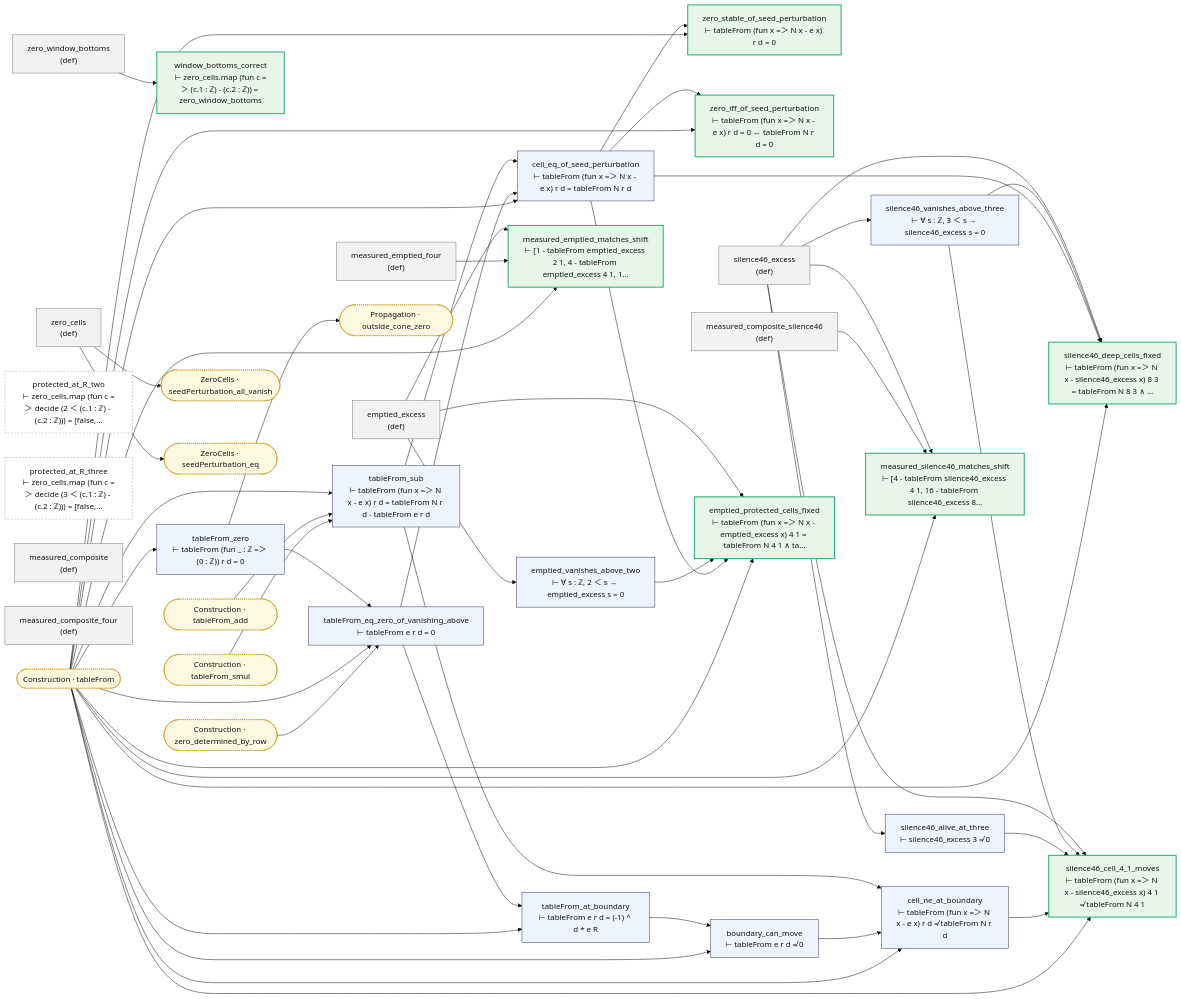
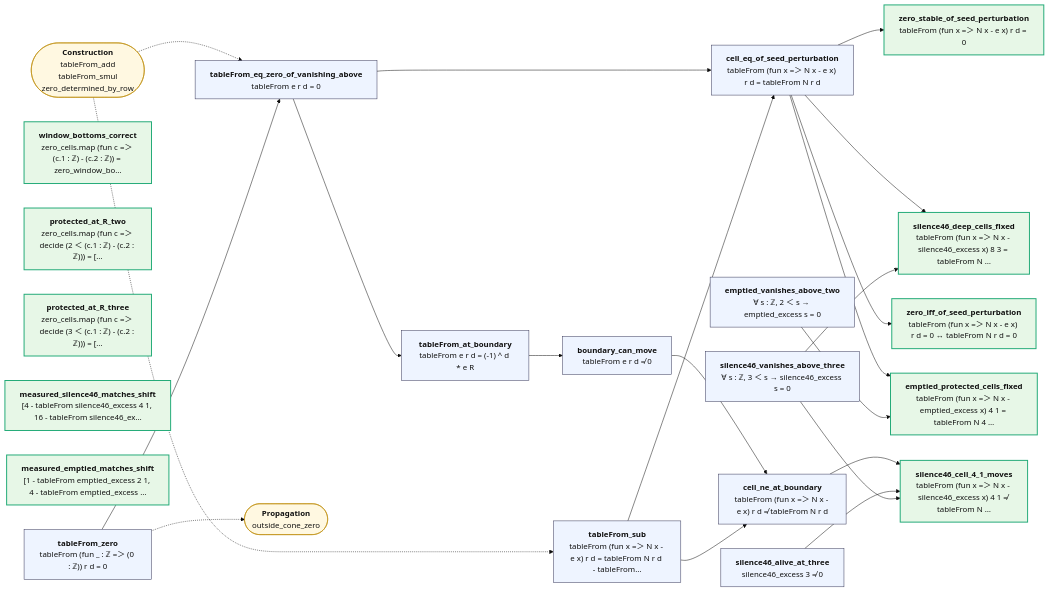
The diagram in map/lean/SeedPerturbation.md (juliansambranojr/Primebeat_081426), drawn with Mermaid (base theme) before and after one commit. The commit also changed other lines of this file and 387 other files, not shown here.

First line of the commit message:
map/: arrows now come from Lean's own record of what each proof uses; every theorem gets Proves, Needs, Fed by, Feeds; chain pages for the long ends; ALL.md; RECONCILE.md

````diff
--- a/map/lean/SeedPerturbation.md
+++ b/map/lean/SeedPerturbation.md
@@ -8,91 +12,49 @@
 ```mermaid
 flowchart LR
-  n0["tableFrom_zero<br/>⊢ tableFrom (fun _ : ℤ =＞ (0 : ℤ)) r d = 0"]:::thm
-  n1["tableFrom_sub<br/>⊢ tableFrom (fun x =＞ N x - e x) r d = tableFrom N r d - tableFrom e r d"]:::thm
-  n2["tableFrom_eq_zero_of_vanishing_above<br/>⊢ tableFrom e r d = 0"]:::thm
-  n3["cell_eq_of_seed_perturbation<br/>⊢ tableFrom (fun x =＞ N x - e x) r d = tableFrom N r d"]:::thm
-  n4["zero_stable_of_seed_perturbation<br/>⊢ tableFrom (fun x =＞ N x - e x) r d = 0"]:::end_
-  n5["zero_iff_of_seed_perturbation<br/>⊢ tableFrom (fun x =＞ N x - e x) r d = 0 ↔ tableFrom N r d = 0"]:::end_
-  n6["tableFrom_at_boundary<br/>⊢ tableFrom e r d = (-1) ^ d * e R"]:::thm
-  n7["boundary_can_move<br/>⊢ tableFrom e r d ≠ 0"]:::thm
-  n8["cell_ne_at_boundary<br/>⊢ tableFrom (fun x =＞ N x - e x) r d ≠ tableFrom N r d"]:::thm
-  n9["zero_cells<br/>(def)"]:::dfn
-  n10["zero_window_bottoms<br/>(def)"]:::dfn
-  n11["window_bottoms_correct<br/>⊢ zero_cells.map (fun c =＞ (c.1 : ℤ) - (c.2 : ℤ)) = zero_window_bottoms"]:::end_
-  n12["protected_at_R_two<br/>⊢ zero_cells.map (fun c =＞ decide (2 ＜ (c.1 : ℤ) - (c.2 : ℤ))) = [false,…"]:::lone
-  n13["protected_at_R_three<br/>⊢ zero_cells.map (fun c =＞ decide (3 ＜ (c.1 : ℤ) - (c.2 : ℤ))) = [false,…"]:::lone
-  n14["silence46_excess<br/>(def)"]:::dfn
-  n15["silence46_vanishes_above_three<br/>⊢ ∀ s : ℤ, 3 ＜ s → silence46_excess s = 0"]:::thm
-  n16["silence46_alive_at_three<br/>⊢ silence46_excess 3 ≠ 0"]:::thm
-  n17["measured_composite<br/>(def)"]:::dfn
-  n18["measured_composite_silence46<br/>(def)"]:::dfn
-  n19["measured_silence46_matches_shift<br/>⊢ [4 - tableFrom silence46_excess 4 1, 16 - tableFrom silence46_excess 8…"]:::end_
-  n20["silence46_deep_cells_fixed<br/>⊢ tableFrom (fun x =＞ N x - silence46_excess x) 8 3 = tableFrom N 8 3 ∧ …"]:::end_
-  n21["silence46_cell_4_1_moves<br/>⊢ tableFrom (fun x =＞ N x - silence46_excess x) 4 1 ≠ tableFrom N 4 1"]:::end_
-  n22["emptied_excess<br/>(def)"]:::dfn
-  n23["emptied_vanishes_above_two<br/>⊢ ∀ s : ℤ, 2 ＜ s → emptied_excess s = 0"]:::thm
-  n24["measured_composite_four<br/>(def)"]:::dfn
-  n25["measured_emptied_four<br/>(def)"]:::dfn
-  n26["measured_emptied_matches_shift<br/>⊢ [1 - tableFrom emptied_excess 2 1, 4 - tableFrom emptied_excess 4 1, 1…"]:::end_
-  n27["emptied_protected_cells_fixed<br/>⊢ tableFrom (fun x =＞ N x - emptied_excess x) 4 1 = tableFrom N 4 1 ∧ ta…"]:::end_
-  x0(["Construction · tableFrom"]):::ext
-  x1(["Construction · tableFrom_add"]):::ext
-  x2(["Construction · tableFrom_smul"]):::ext
-  x3(["Construction · zero_determined_by_row"]):::ext
-  x4(["Propagation · outside_cone_zero"]):::ext
-  x5(["ZeroCells · seedPerturbation_all_vanish"]):::ext
-  x6(["ZeroCells · seedPerturbation_eq"]):::ext
+  n0["<b>tableFrom_zero</b><br/>tableFrom (fun _ : ℤ =＞ (0 : ℤ)) r d = 0"]:::thm
+  n1["<b>tableFrom_sub</b><br/>tableFrom (fun x =＞ N x - e x) r d = tableFrom N r d - tableFrom…"]:::thm
+  n2["<b>tableFrom_eq_zero_of_vanishing_above</b><br/>tableFrom e r d = 0"]:::thm
+  n3["<b>cell_eq_of_seed_perturbation</b><br/>tableFrom (fun x =＞ N x - e x) r d = tableFrom N r d"]:::thm
+  n4["<b>zero_stable_of_seed_perturbation</b><br/>tableFrom (fun x =＞ N x - e x) r d = 0"]:::end_
+  n5["<b>zero_iff_of_seed_perturbation</b><br/>tableFrom (fun x =＞ N x - e x) r d = 0 ↔ tableFrom N r d = 0"]:::end_
+  n6["<b>tableFrom_at_boundary</b><br/>tableFrom e r d = (-1) ^ d * e R"]:::thm
+  n7["<b>boundary_can_move</b><br/>tableFrom e r d ≠ 0"]:::thm
+  n8["<b>cell_ne_at_boundary</b><br/>tableFrom (fun x =＞ N x - e x) r d ≠ tableFrom N r d"]:::thm
+  n9["<b>window_bottoms_correct</b><br/>zero_cells.map (fun c =＞ (c.1 : ℤ) - (c.2 : ℤ)) = zero_window_bo…"]:::end_
+  n10["<b>protected_at_R_two</b><br/>zero_cells.map (fun c =＞ decide (2 ＜ (c.1 : ℤ) - (c.2 : ℤ))) = […"]:::end_
+  n11["<b>protected_at_R_three</b><br/>zero_cells.map (fun c =＞ decide (3 ＜ (c.1 : ℤ) - (c.2 : ℤ))) = […"]:::end_
+  n12["<b>silence46_vanishes_above_three</b><br/>∀ s : ℤ, 3 ＜ s → silence46_excess s = 0"]:::thm
+  n13["<b>silence46_alive_at_three</b><br/>silence46_excess 3 ≠ 0"]:::thm
+  n14["<b>measured_silence46_matches_shift</b><br/>[4 - tableFrom silence46_excess 4 1, 16 - tableFrom silence46_ex…"]:::end_
+  n15["<b>silence46_deep_cells_fixed</b><br/>tableFrom (fun x =＞ N x - silence46_excess x) 8 3 = tableFrom N …"]:::end_
+  n16["<b>silence46_cell_4_1_moves</b><br/>tableFrom (fun x =＞ N x - silence46_excess x) 4 1 ≠ tableFrom N …"]:::end_
+  n17["<b>emptied_vanishes_above_two</b><br/>∀ s : ℤ, 2 ＜ s → emptied_excess s = 0"]:::thm
+  n18["<b>measured_emptied_matches_shift</b><br/>[1 - tableFrom emptied_excess 2 1, 4 - tableFrom emptied_excess …"]:::end_
+  n19["<b>emptied_protected_cells_fixed</b><br/>tableFrom (fun x =＞ N x - emptied_excess x) 4 1 = tableFrom N 4 …"]:::end_
+  x0(["<b>Propagation</b><br/>outside_cone_zero"]):::ext
+  x1(["<b>Construction</b><br/>tableFrom_add<br/>tableFrom_smul<br/>zero_determined_by_row"]):::ext
   n0 --> n2
-  n0 --> x4
   n1 --> n3
   n1 --> n8
-  n10 --> n11
-  n14 --> n15
-  n14 --> n16
-  n14 --> n19
-  n14 --> n20
-  n14 --> n21
-  n15 --> n20
-  n15 --> n21
-  n16 --> n21
-  n18 --> n19
+  n12 --> n15
+  n12 --> n16
+  n13 --> n16
+  n17 --> n19
   n2 --> n3
   n2 --> n6
-  n22 --> n23
-  n22 --> n26
-  n22 --> n27
-  n23 --> n27
-  n25 --> n26
-  n3 --> n20
-  n3 --> n27
+  n3 --> n15
+  n3 --> n19
   n3 --> n4
   n3 --> n5
   n6 --> n7
   n7 --> n8
-  n8 --> n21
-  n9 --> x5
-  n9 --> x6
-  x0 --> n0
-  x0 --> n1
-  x0 --> n19
-  x0 --> n2
-  x0 --> n20
-  x0 --> n21
-  x0 --> n26
-  x0 --> n27
-  x0 --> n3
-  x0 --> n4
-  x0 --> n5
-  x0 --> n6
-  x0 --> n7
-  x0 --> n8
-  x1 --> n1
-  x2 --> n1
-  x3 --> n2
+  n8 --> n16
+  n0 -.-> x0
+  x1 -.-> n1
+  x1 -.-> n2
   classDef thm fill:#eef4ff,stroke:#335,color:#111
-  classDef dfn fill:#f2f2f2,stroke:#777,color:#111
   classDef end_ fill:#e7f7e7,stroke:#2a7,color:#111,stroke-width:2px
   classDef lone fill:#fff,stroke:#999,color:#111,stroke-dasharray:4 3
   classDef bad fill:#ffe5e5,stroke:#c22,color:#111,stroke-width:2px
-  classDef ext fill:#fff8e1,stroke:#b80,color:#111,stroke-dasharray:2 2
+  classDef ext fill:#fff8e1,stroke:#b80,color:#111
 ```
````
